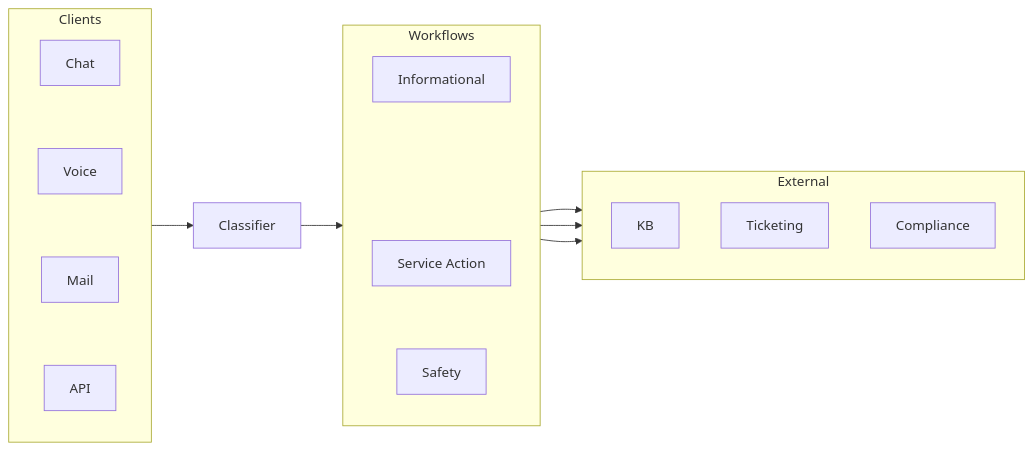
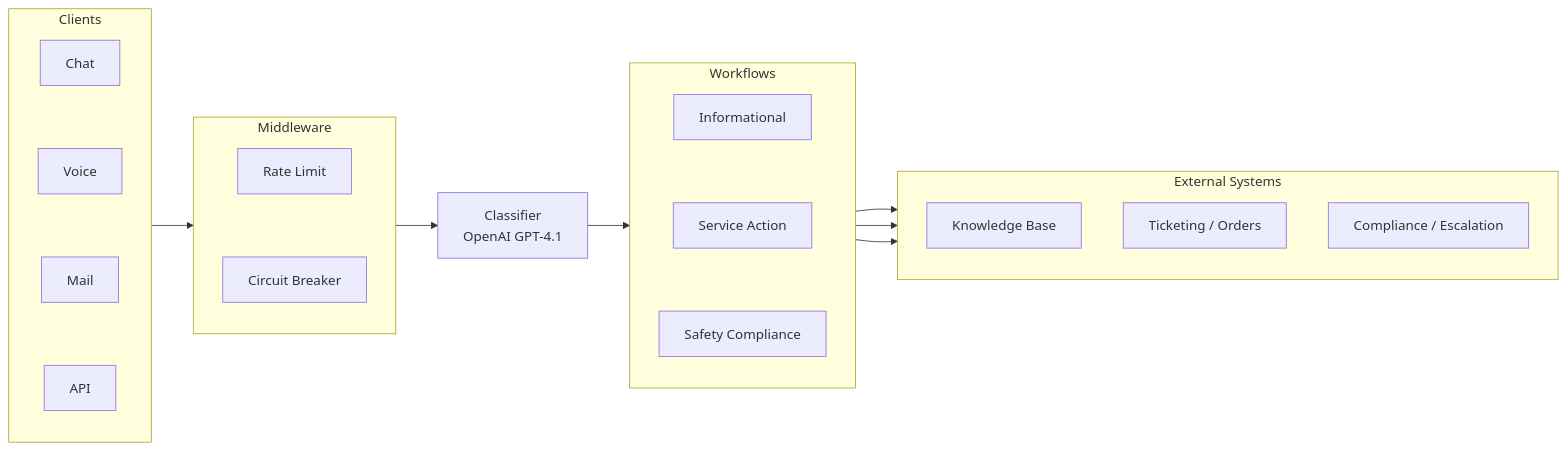
The first of 3 diagrams in docs/architecture.md (kvasilopoulos/contact-center), drawn with Mermaid before and after one commit. The commit also changed other lines of this file and 9 other files, not shown here.

````diff
--- a/docs/architecture.md
+++ b/docs/architecture.md
@@ -11,29 +11,31 @@
 ```mermaid
 graph LR
     subgraph Clients["Clients"]
         direction TB
         C1[Chat] ~~~ C2[Voice] ~~~ C3[Mail] ~~~ C4[API]
     end
 
-    Classifier[Classifier]
+    subgraph Middleware["Middleware"]
+        direction TB
+        RL[Rate Limit] ~~~ CB[Circuit Breaker]
+    end
+
+    Classifier[Classifier<br/>OpenAI GPT-4.1]
 
     subgraph Workflows["Workflows"]
         direction TB
-        Info[Informational] ~~~ W(( )) ~~~ Svc[Service Action] ~~~ Safety[Safety]
+        Info[Informational] ~~~ Svc[Service Action] ~~~ Safety[Safety Compliance]
     end
 
-    subgraph External["External"]
+    subgraph External["External Systems"]
         direction TB
-        KB[KB]
-        Ticketing[Ticketing]
-        Compliance[Compliance]
+        KB[Knowledge Base]
+        Ticketing[Ticketing / Orders]
+        Compliance[Compliance / Escalation]
     end
 
-    Clients --> Classifier
-    Classifier --> W
+    Clients --> Middleware --> Classifier --> Workflows
     Info --> KB
     Svc --> Ticketing
     Safety --> Compliance
-
-    style W fill:none,stroke:none
 ```
````
